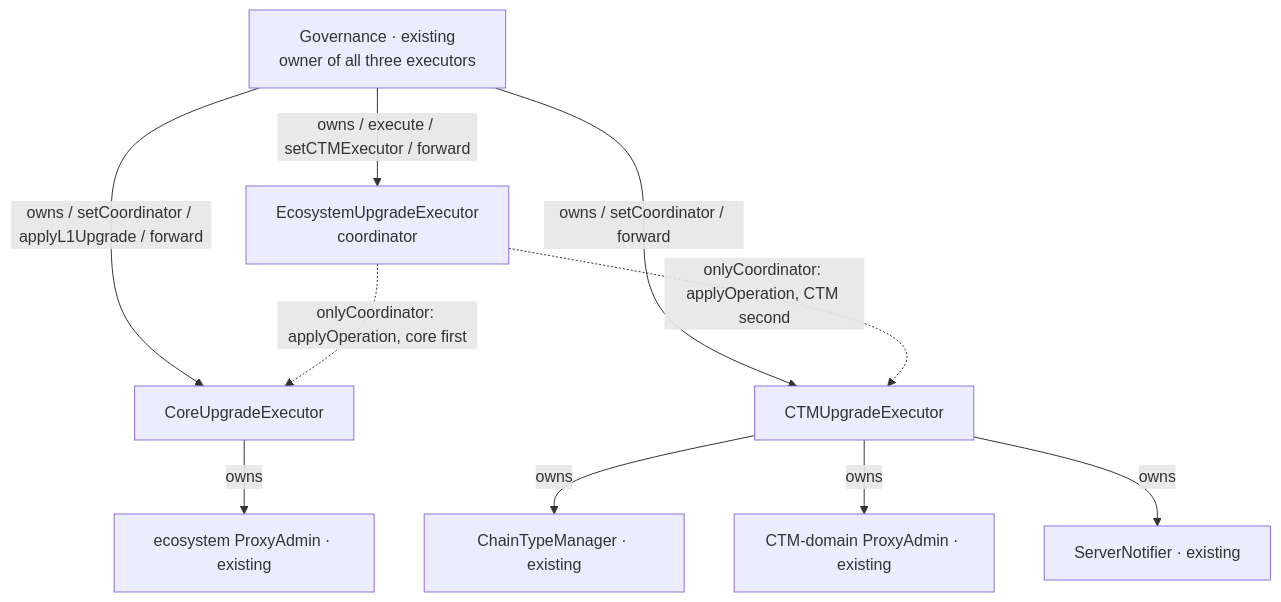
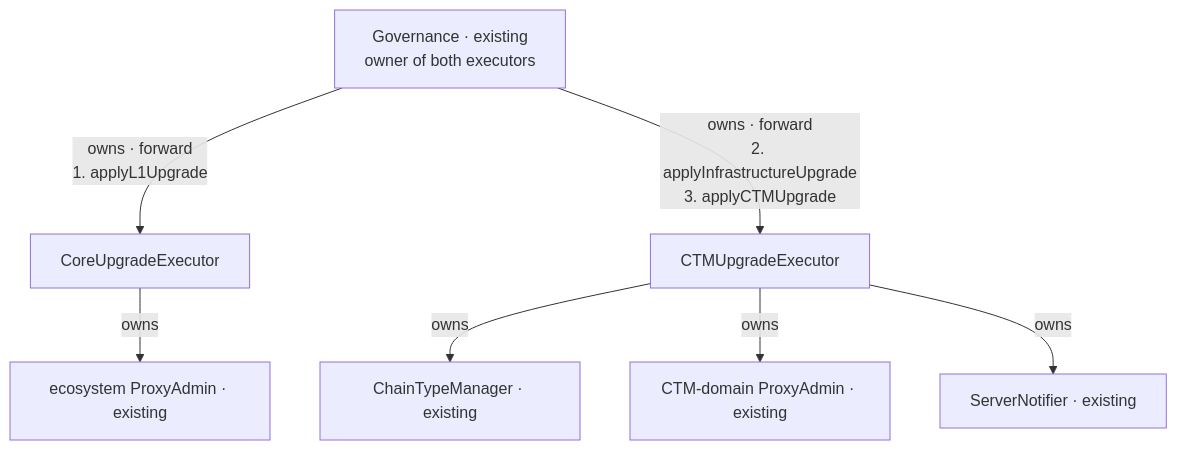
The eighth of 10 diagrams in docs/registry-driven-upgrades.md (matter-labs/era-contracts), drawn with Mermaid before and after one commit. The commit also changed other lines of this file and 120 other files, not shown here.

First line of the commit message:
refactor(registry): governance calls the domain executors directly

````diff
--- a/docs/registry-driven-upgrades.md
+++ b/docs/registry-driven-upgrades.md
@@ -341,21 +342,17 @@
 ```mermaid
 flowchart TB
-    GOV["Governance · existing<br/>owner of all three executors"]
-    EE["EcosystemUpgradeExecutor<br/>coordinator"]
+    GOV["Governance · existing<br/>owner of both executors"]
     CO["CoreUpgradeExecutor"]
     CE["CTMUpgradeExecutor"]
     PA["ecosystem ProxyAdmin · existing"]
     CPA["CTM-domain ProxyAdmin · existing"]
     CTM["ChainTypeManager · existing"]
     NOTIFIER["ServerNotifier · existing"]
 
-    GOV -->|"owns / execute / setCTMExecutor / forward"| EE
-    GOV -->|"owns / setCoordinator / applyL1Upgrade / forward"| CO
-    GOV -->|"owns / setCoordinator / forward"| CE
-    EE -.->|"onlyCoordinator: applyOperation, core first"| CO
-    EE -.->|"onlyCoordinator: applyOperation, CTM second"| CE
+    GOV -->|"owns · forward<br/>1. applyL1Upgrade"| CO
+    GOV -->|"owns · forward<br/>2. applyInfrastructureUpgrade<br/>3. applyCTMUpgrade"| CE
     CO -->|"owns"| PA
     CE -->|"owns"| CTM
     CE -->|"owns"| CPA
     CE -->|"owns"| NOTIFIER
 ```
````
